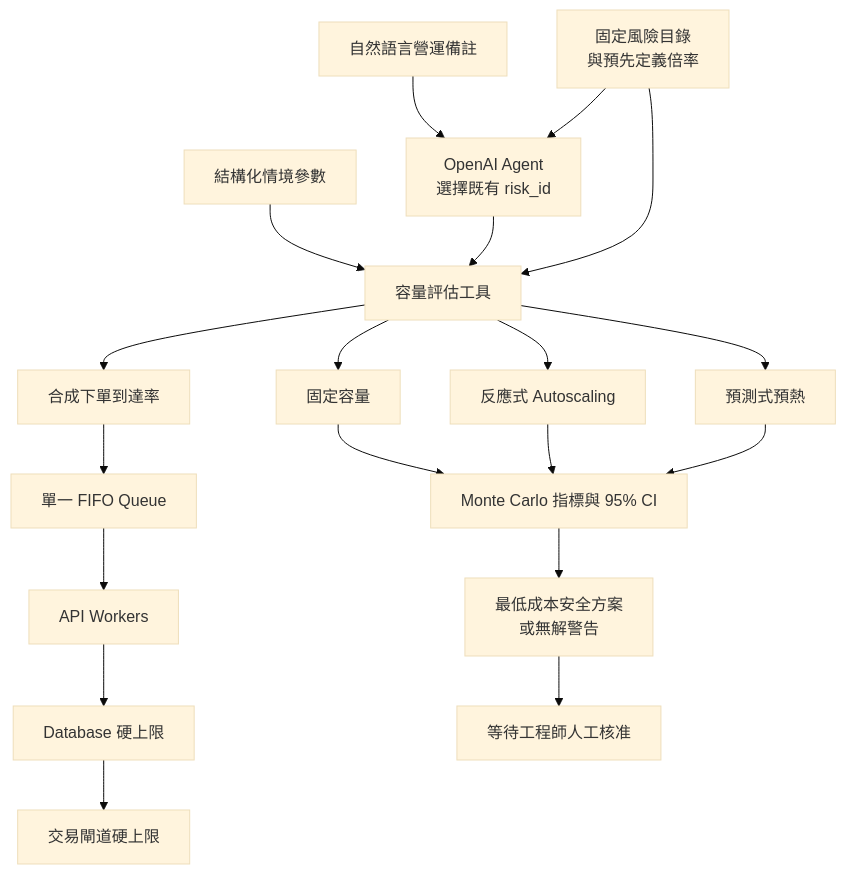
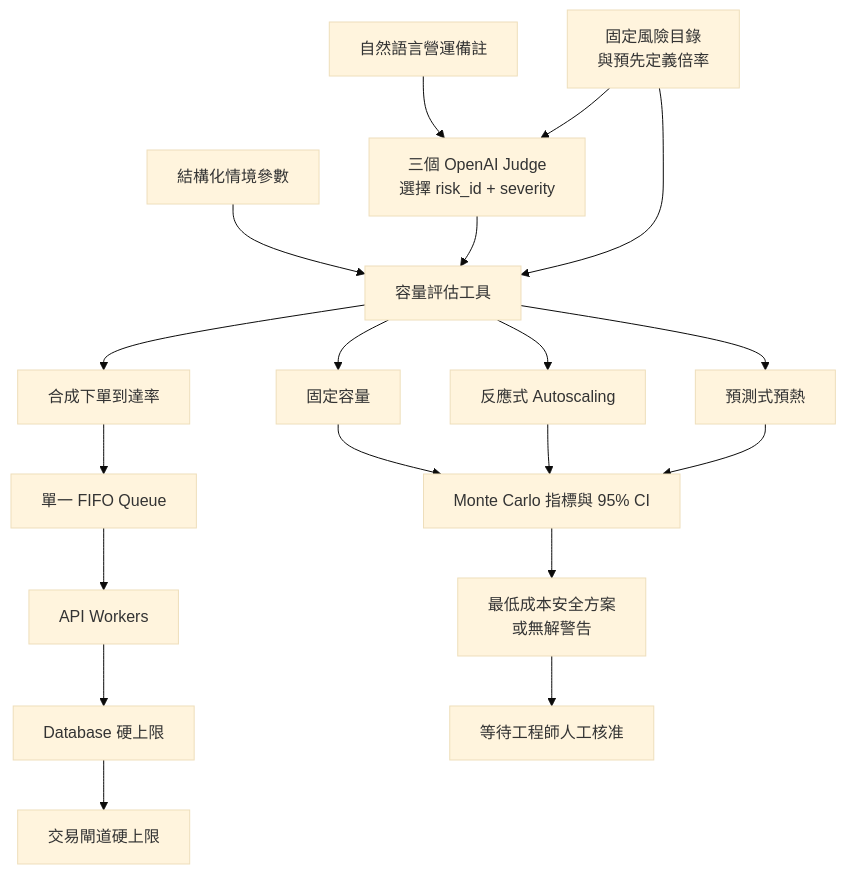
One commit to shu-ming0808/futuremode changed the diagram in backend/README.md. Above: the diagram before and after it, drawn with Mermaid (base theme). The commit also changed other lines of this file and 12 other files, not shown here.

````diff
--- a/backend/README.md
+++ b/backend/README.md
@@ -16,23 +16,23 @@
 ```mermaid
 flowchart TD
     A["結構化情境參數"] --> D["容量評估工具"]
-    B["自然語言營運備註"] --> C["OpenAI Agent<br/>選擇既有 risk_id"]
+    B["自然語言營運備註"] --> C["三個 OpenAI Judge<br/>選擇 risk_id + severity"]
     C --> D
     E["固定風險目錄<br/>與預先定義倍率"] --> C
     E --> D
 
     D --> F["合成下單到達率"]
     F --> G["單一 FIFO Queue"]
     G --> H["API Workers"]
     H --> I["Database 硬上限"]
     I --> J["交易閘道硬上限"]
 
     D --> K["固定容量"]
     D --> L["反應式 Autoscaling"]
     D --> M["預測式預熱"]
     K --> N["Monte Carlo 指標與 95% CI"]
     L --> N
     M --> N
     N --> O["最低成本安全方案<br/>或無解警告"]
     O --> P["等待工程師人工核准"]
 ```
````
